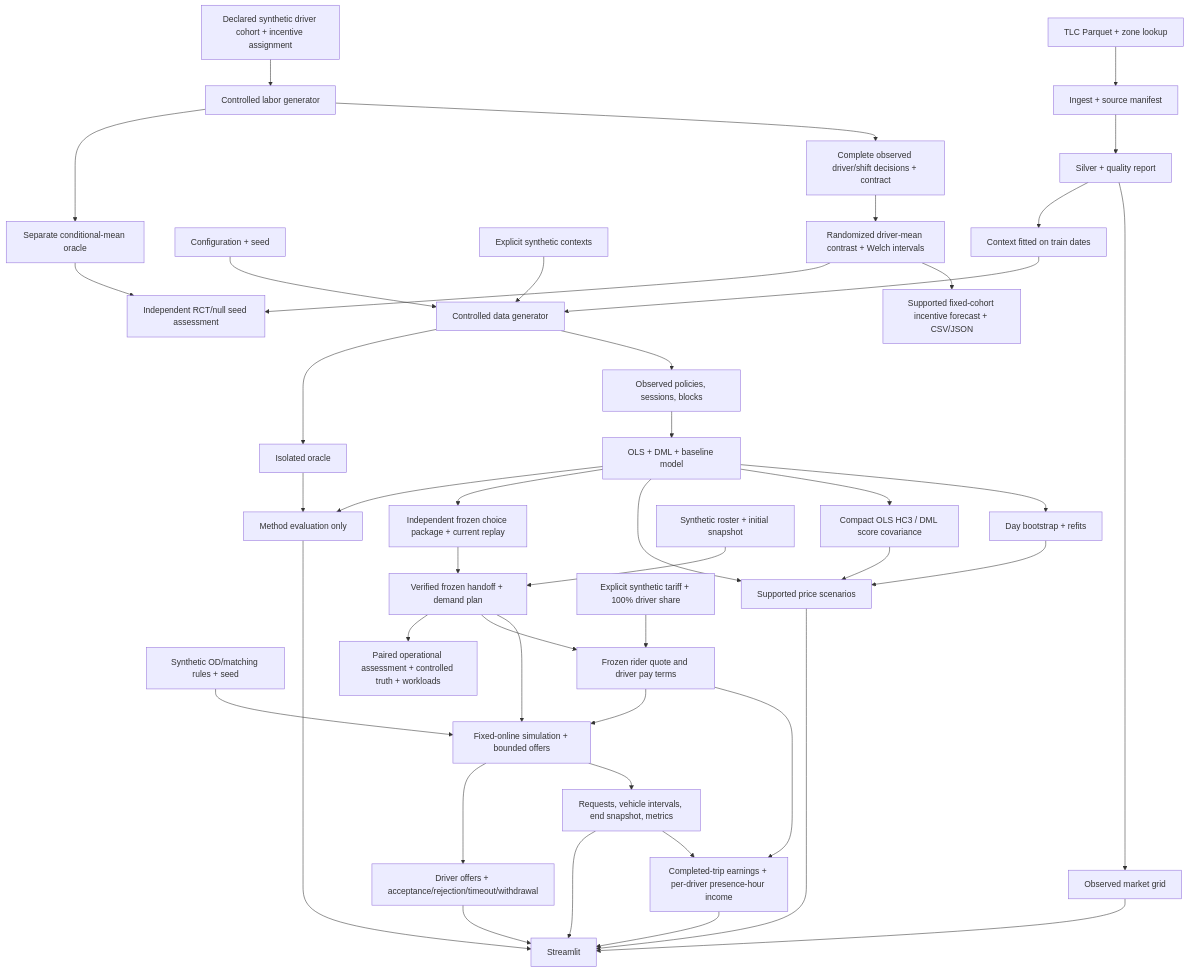
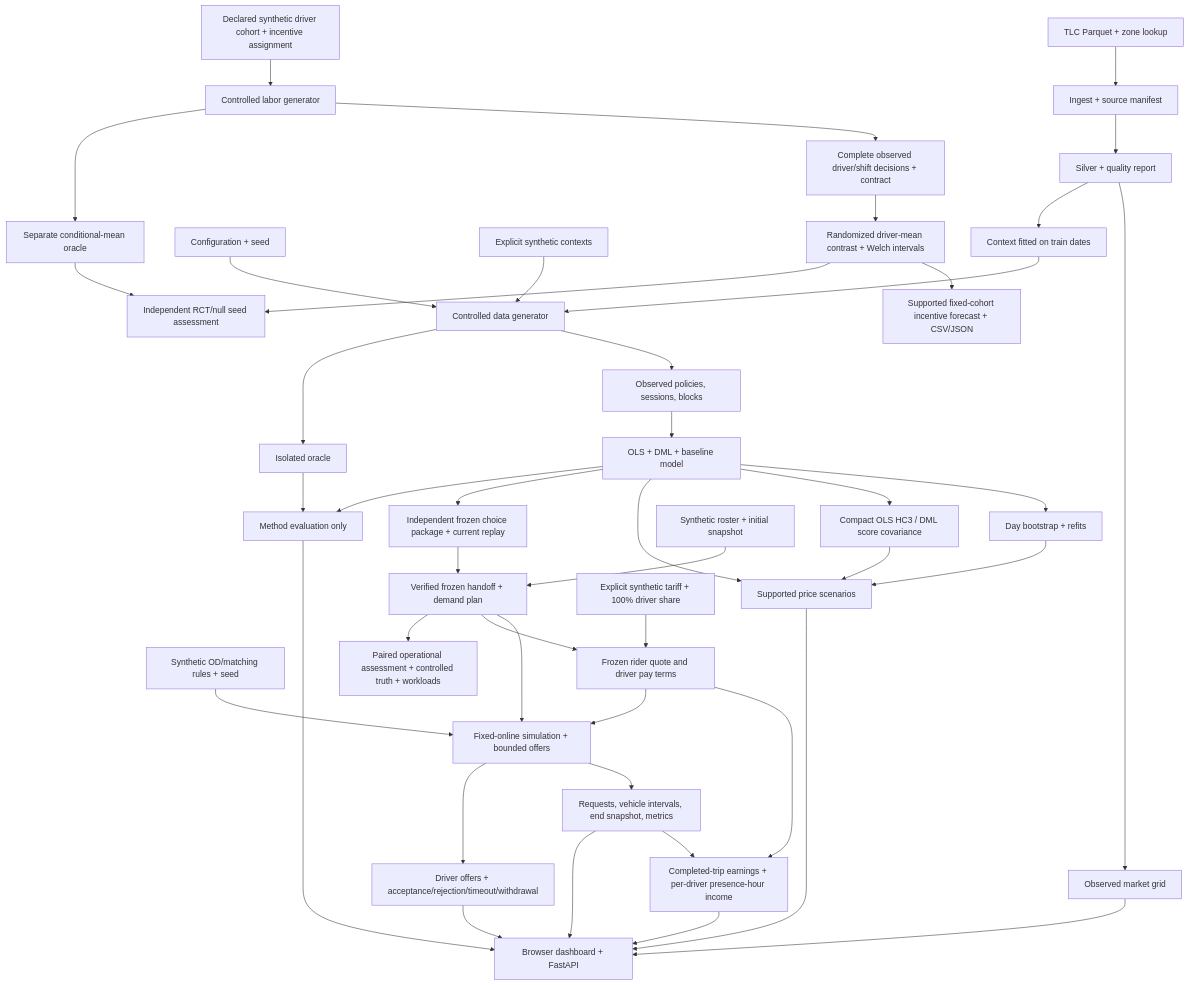
Before and after one commit to Muscar1a/gsm-ride-hailing: the first of 2 diagrams in docs/ARCHITECTURE.md, drawn with Mermaid. The commit also changed other lines of this file and 47 other files, not shown here.

First line of the commit message:
feat(marketplace): add week 4-5 policy engine, migrate dashboard to FastAPI, and clean dependencies

````diff
--- a/docs/ARCHITECTURE.md
+++ b/docs/ARCHITECTURE.md
@@ -41,46 +41,46 @@
 ```mermaid
 flowchart TD
   TLC[TLC Parquet + zone lookup] --> Ingest[Ingest + source manifest]
   Ingest --> Silver[Silver + quality report]
   Silver --> Mart[Observed market grid]
   Silver --> Context[Context fitted on train dates]
   Config[Configuration + seed] --> Generate[Controlled data generator]
   Context --> Generate
   Offline[Explicit synthetic contexts] --> Generate
   Generate --> Observed[Observed policies, sessions, blocks]
   Generate --> Oracle[Isolated oracle]
   Observed --> Fit[OLS + DML + baseline model]
   Fit --> Bootstrap[Day bootstrap + refits]
   Fit --> Covariance[Compact OLS HC3 / DML score covariance]
   Covariance --> Scenario
   Fit --> Scenario[Supported price scenarios]
   Fit --> Handoff[Independent frozen choice package + current replay]
   Handoff --> Demand[Verified frozen handoff + demand plan]
   Snapshot[Synthetic roster + initial snapshot] --> Demand
   Demand --> Simulate[Fixed-online simulation + bounded offers]
   Rules[Synthetic OD/matching rules + seed] --> Simulate
   Simulate --> Trajectories[Requests, vehicle intervals, end snapshot, metrics]
   Compensation[Explicit synthetic tariff + 100% driver share] --> Terms[Frozen rider quote and driver pay terms]
   Demand --> Terms
   Terms --> Earnings[Completed-trip earnings + per-driver presence-hour income]
   Terms --> Simulate
   Trajectories --> Earnings
   Simulate --> Offers[Driver offers + acceptance/rejection/timeout/withdrawal]
   Offers --> UI
   Trajectories --> UI
   Earnings --> UI
   Demand --> MarketEvaluate[Paired operational assessment + controlled truth + workloads]
   Bootstrap --> Scenario
   Oracle --> Evaluate[Method evaluation only]
   Fit --> Evaluate
-  Mart --> UI[Streamlit]
+  Mart --> UI[Browser dashboard + FastAPI]
   Evaluate --> UI
   Scenario --> UI
   SupplySpec[Declared synthetic driver cohort + incentive assignment] --> SupplyGenerate[Controlled labor generator]
   SupplyGenerate --> SupplyObserved[Complete observed driver/shift decisions + contract]
   SupplyGenerate --> SupplyOracle[Separate conditional-mean oracle]
   SupplyObserved --> SupplyFit[Randomized driver-mean contrast + Welch intervals]
   SupplyFit --> SupplyScenario[Supported fixed-cohort incentive forecast + CSV/JSON]
   SupplyFit --> SupplyEvaluate[Independent RCT/null seed assessment]
   SupplyOracle --> SupplyEvaluate
 ```
````
